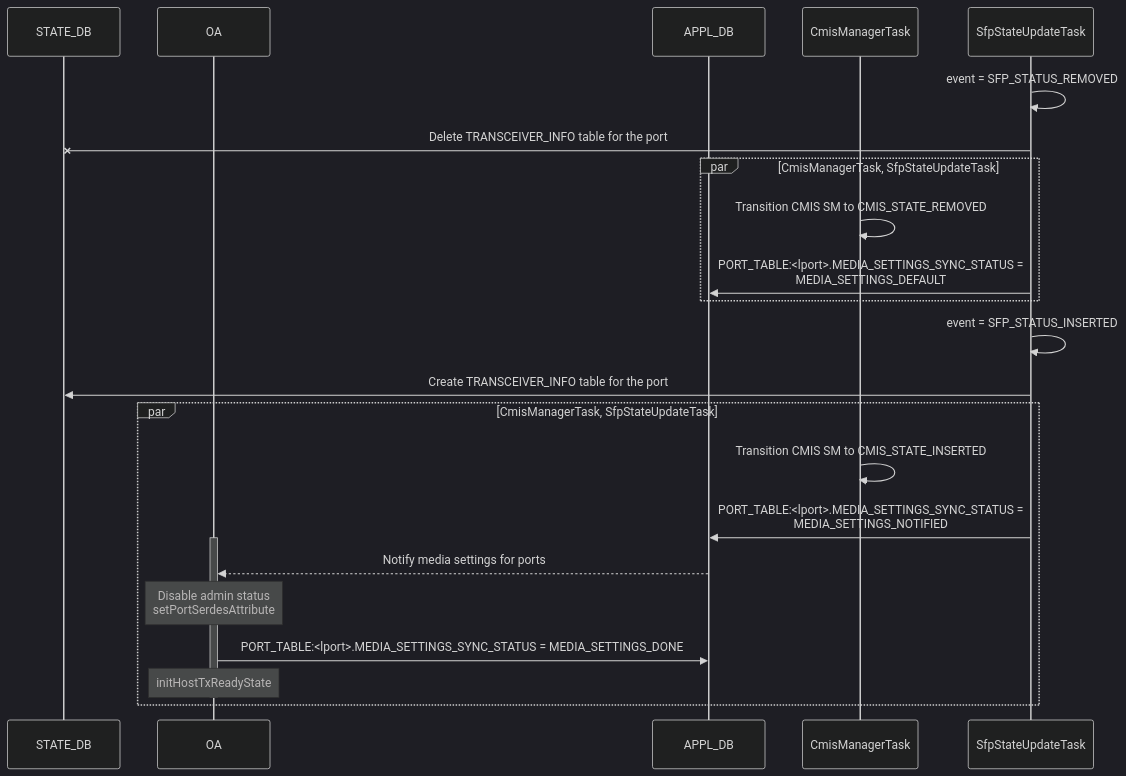
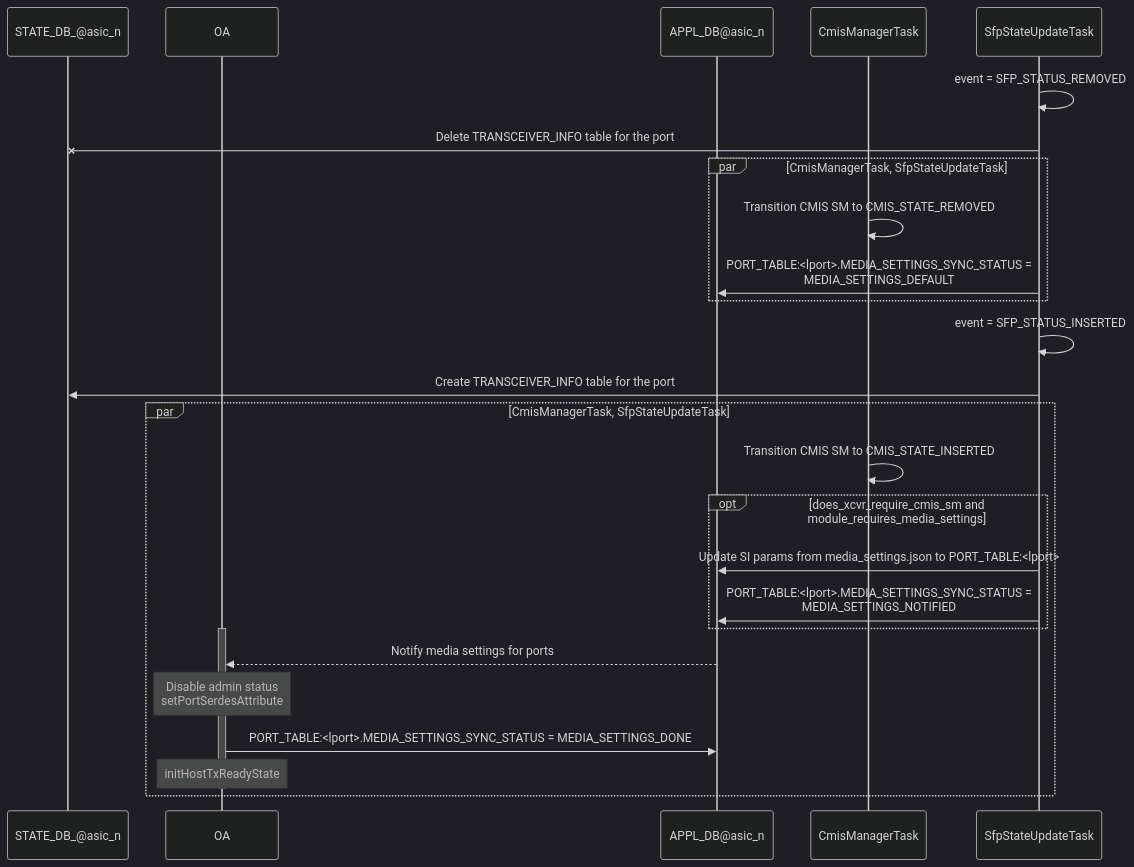
Before and after one commit to sonic-net/SONiC: the fourth of 5 diagrams in doc/sfp-cmis/Interface-Link-bring-up-sequence.md, drawn with Mermaid (dark theme). The commit also changed other lines of this file, not shown here.

Commit message:
Addressed PR comments and separated media notification between SfpStateUpdateTask and CmisManagerTask threads

````diff
--- a/doc/sfp-cmis/Interface-Link-bring-up-sequence.md
+++ b/doc/sfp-cmis/Interface-Link-bring-up-sequence.md
@@ -336,28 +351,31 @@
 ```mermaid
 sequenceDiagram
-    participant STATE_DB
+    participant STATE_DB as STATE_DB_@asic_n
     participant OA
-    participant APPL_DB
+    participant APPL_DB as APPL_DB@asic_n
     participant CmisManagerTask
     participant SfpStateUpdateTask
 
     SfpStateUpdateTask ->> SfpStateUpdateTask : event = SFP_STATUS_REMOVED
     SfpStateUpdateTask -x STATE_DB : Delete TRANSCEIVER_INFO table for the port
     par         CmisManagerTask, SfpStateUpdateTask
         CmisManagerTask ->> CmisManagerTask : Transition CMIS SM to CMIS_STATE_REMOVED
         SfpStateUpdateTask ->> APPL_DB : PORT_TABLE:<lport>.MEDIA_SETTINGS_SYNC_STATUS = <br> MEDIA_SETTINGS_DEFAULT
     end
 
     SfpStateUpdateTask ->> SfpStateUpdateTask : event = SFP_STATUS_INSERTED
     SfpStateUpdateTask ->> STATE_DB : Create TRANSCEIVER_INFO table for the port
     par CmisManagerTask, SfpStateUpdateTask
         CmisManagerTask ->> CmisManagerTask : Transition CMIS SM to CMIS_STATE_INSERTED
-        SfpStateUpdateTask ->> APPL_DB: PORT_TABLE:<lport>.MEDIA_SETTINGS_SYNC_STATUS = <br> MEDIA_SETTINGS_NOTIFIED
+        opt does_xcvr_require_cmis_sm and module_requires_media_settings
+          SfpStateUpdateTask ->> APPL_DB: Update SI params from media_settings.json to PORT_TABLE:<lport>
+          SfpStateUpdateTask ->> APPL_DB: PORT_TABLE:<lport>.MEDIA_SETTINGS_SYNC_STATUS = <br> MEDIA_SETTINGS_NOTIFIED
+        end
         activate OA
         APPL_DB -->> OA: Notify media settings for ports
         Note over OA: Disable admin status<br>setPortSerdesAttribute
         OA ->> APPL_DB: PORT_TABLE:<lport>.MEDIA_SETTINGS_SYNC_STATUS = MEDIA_SETTINGS_DONE
         Note over OA: initHostTxReadyState
         deactivate OA
     end
 ```
````
